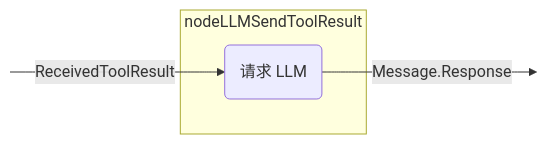
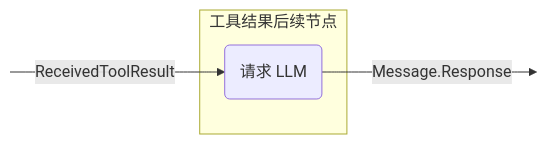
One commit to BinaryTape/Open-Docs changed diagram 12 of 15 in docs/koog/nodes-and-components.md. Above: the diagram before and after it, drawn with Mermaid. The commit also changed other lines of this file and 164 other files, not shown here.

````diff
--- a/docs/koog/nodes-and-components.md
+++ b/docs/koog/nodes-and-components.md
@@ -638,13 +636,13 @@
 ```mermaid
 graph LR
     in:::hidden
     out:::hidden
     
-    subgraph node ["nodeLLMSendToolResult"]
+    subgraph node ["工具结果后续节点"]
         execute(请求 LLM)
     end
     
     in --ReceivedToolResult--> execute --Message.Response--> out
 
     classDef hidden display: none;
 ```
````
